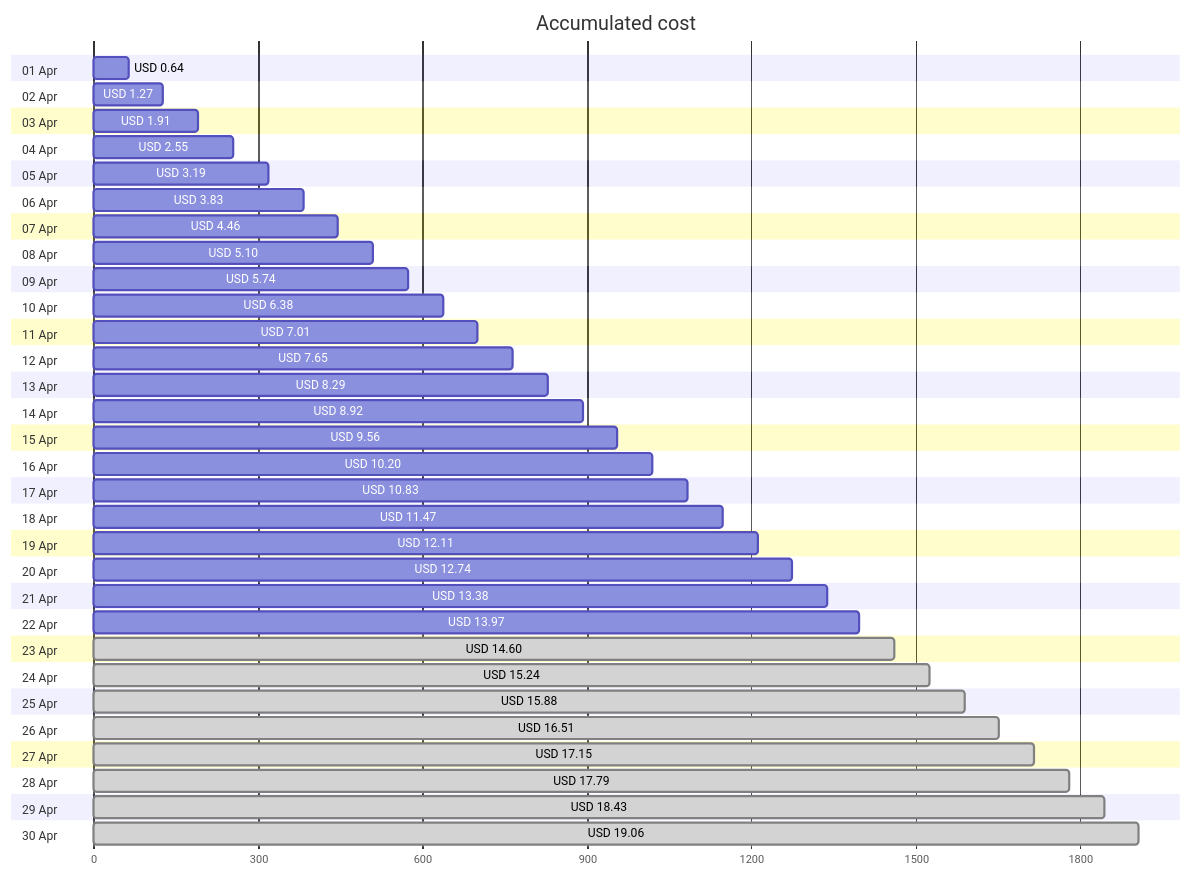
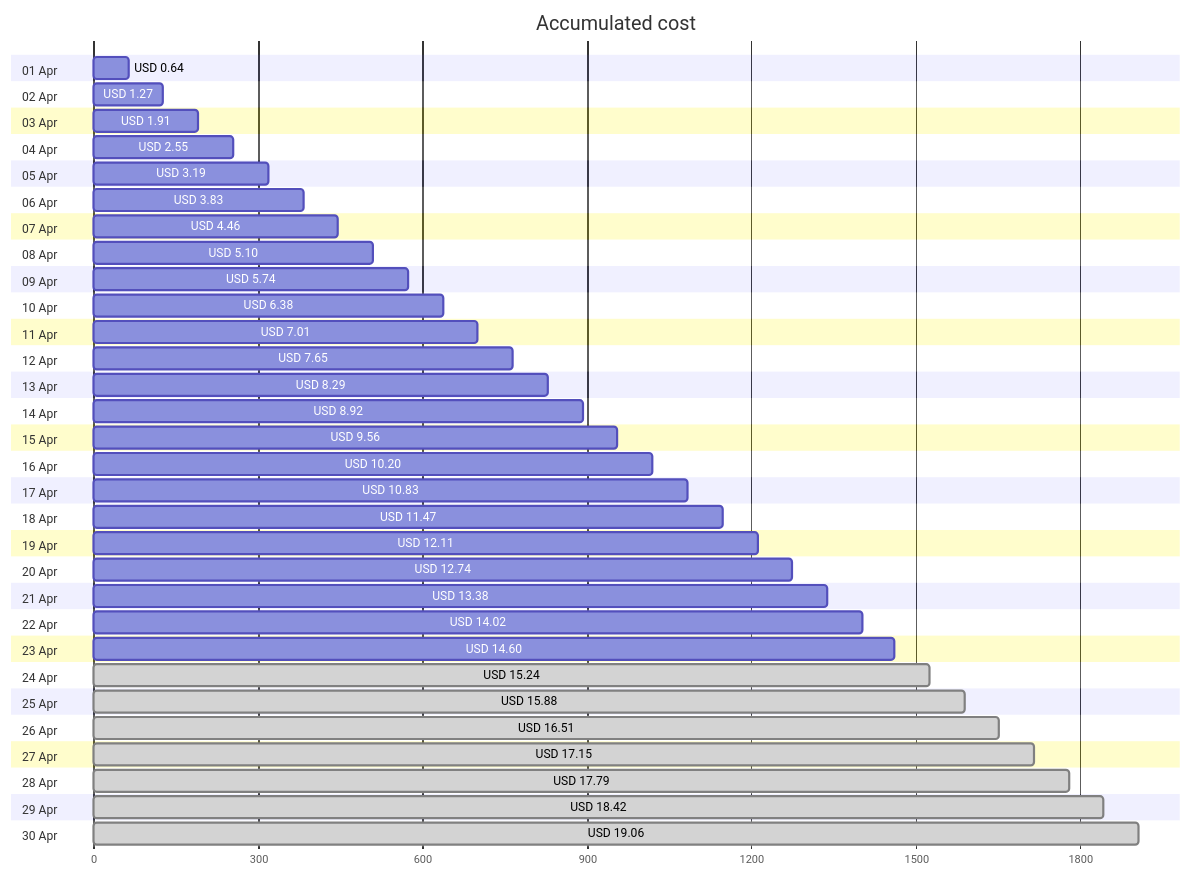
Before and after one commit to jpfulton/azure-personal-reports: the first of 4 diagrams in cost-reports/accumulated-cost.md, drawn with Mermaid. The commit also changed other lines of this file and 4 other files, not shown here.

````diff
--- a/cost-reports/accumulated-cost.md
+++ b/cost-reports/accumulated-cost.md
@@ -20,66 +20,66 @@
 ```mermaid
 gantt
    title Accumulated cost
    dateFormat  X
    axisFormat %s
    section 01 Apr
    USD 0.64 :0, 64
    section 02 Apr
    USD 1.27 :0, 127
    section 03 Apr
    USD 1.91 :0, 191
    section 04 Apr
    USD 2.55 :0, 255
    section 05 Apr
    USD 3.19 :0, 319
    section 06 Apr
    USD 3.83 :0, 383
    section 07 Apr
    USD 4.46 :0, 446
    section 08 Apr
    USD 5.10 :0, 510
    section 09 Apr
    USD 5.74 :0, 574
    section 10 Apr
    USD 6.38 :0, 638
    section 11 Apr
    USD 7.01 :0, 701
    section 12 Apr
    USD 7.65 :0, 765
    section 13 Apr
    USD 8.29 :0, 829
    section 14 Apr
    USD 8.92 :0, 892
    section 15 Apr
    USD 9.56 :0, 956
    section 16 Apr
    USD 10.20 :0, 1020
    section 17 Apr
    USD 10.83 :0, 1083
    section 18 Apr
    USD 11.47 :0, 1147
    section 19 Apr
    USD 12.11 :0, 1211
    section 20 Apr
    USD 12.74 :0, 1274
    section 21 Apr
    USD 13.38 :0, 1338
    section 22 Apr
-   USD 13.97 :0, 1397
+   USD 14.02 :0, 1402
    section 23 Apr
-   USD 14.60 : done, 0, 1460
+   USD 14.60 :0, 1460
    section 24 Apr
    USD 15.24 : done, 0, 1524
    section 25 Apr
    USD 15.88 : done, 0, 1588
    section 26 Apr
    USD 16.51 : done, 0, 1651
    section 27 Apr
    USD 17.15 : done, 0, 1715
    section 28 Apr
    USD 17.79 : done, 0, 1779
    section 29 Apr
-   USD 18.43 : done, 0, 1843
+   USD 18.42 : done, 0, 1842
    section 30 Apr
    USD 19.06 : done, 0, 1906
 ```
````
